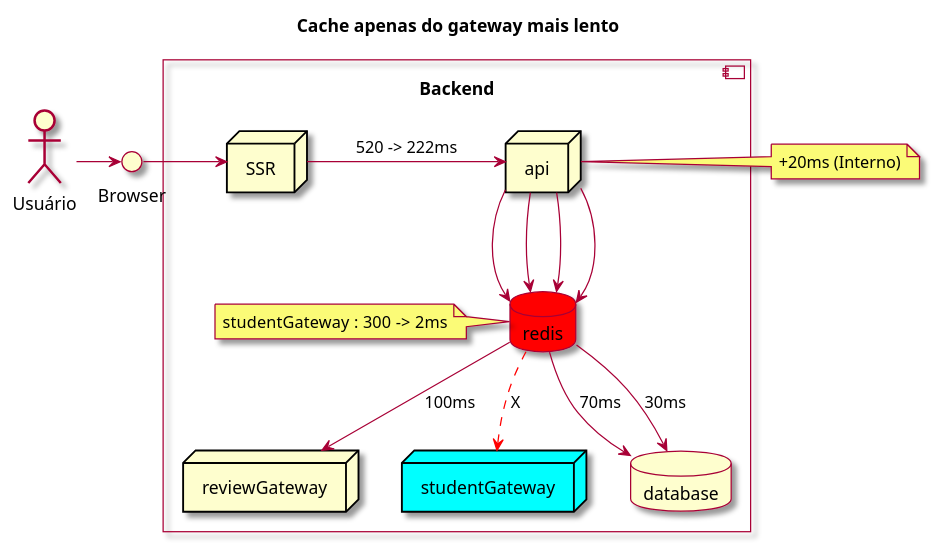
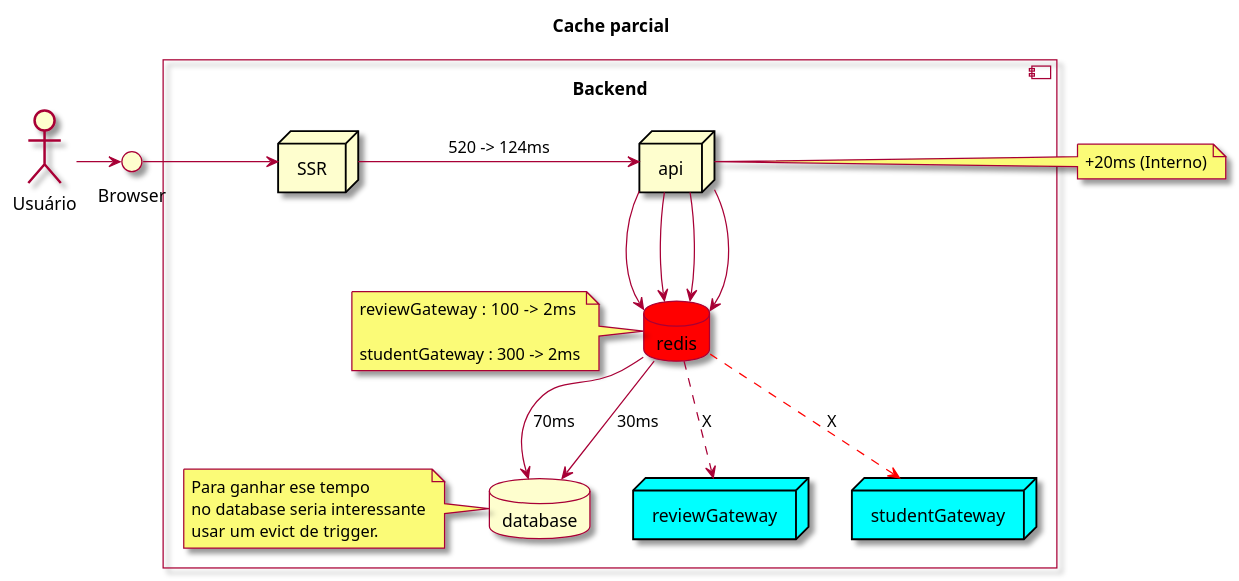
The diagram in docs/diagrams/request-com-cache-parcial.plantuml (charlesardsilva/lecture-cache-content), drawn with PlantUML before and after one commit. The commit also changed 13 other files, not shown here.

Commit message:
Update diagrams

```diff
--- a/docs/diagrams/request-com-cache-parcial.plantuml
+++ b/docs/diagrams/request-com-cache-parcial.plantuml
@@ -1,42 +1,53 @@
 @startuml
 
 skin rose
 
-Title: Cache apenas do gateway mais lento
+Title: Cache parcial
 
 
 actor "Usuário" as actor
 interface "Browser" as browser
 
 component "Backend\n" {
 
   node SSR
   node "api" as backend
-  node reviewGateway as reviewGateway
+  node reviewGateway as reviewGateway #aqua
   node studentGateway as studentGateway #aqua
   database database
   database redis as redis  #red
 
 
   actor -> browser
   browser -> SSR
   backend --> redis
   backend --> redis
   backend --> redis
   backend --> redis
 
   note left of redis
-   studentGateway  : 300 -> 2ms
+   reviewGateway  : 100 -> 2ms
+
+   studentGateway : 300 -> 2ms
   end note
 
+  redis ..> reviewGateway: X
+  redis ..> studentGateway #red: X
   redis --> database: 70ms
   redis --> database: 30ms
-  redis --> reviewGateway: 100ms
-  redis ..> studentGateway #red: X
+
+  note left of database
+     Para ganhar ese tempo
+     no database seria interessante
+     usar um evict de trigger.
+    end note
+
+
+
 
 }
 
-SSR -> backend: 520 -> 222ms
+SSR -> backend: 520 -> 124ms
 note right of backend: +20ms (Interno)
 
 @enduml
```
